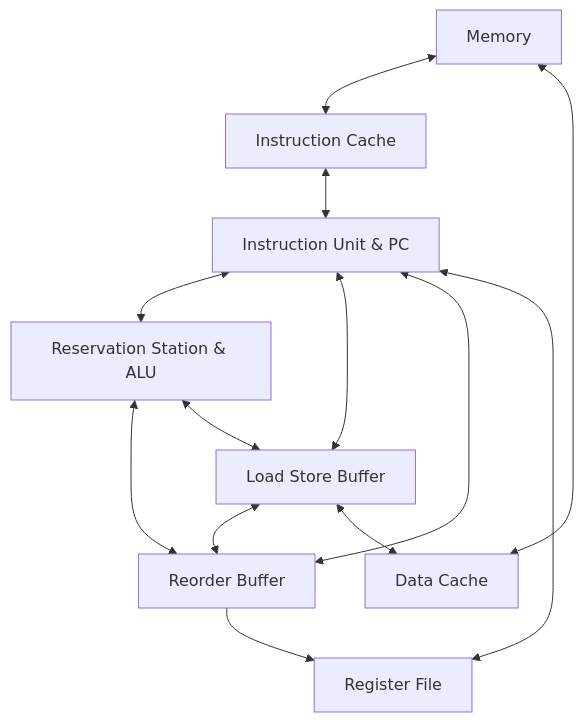
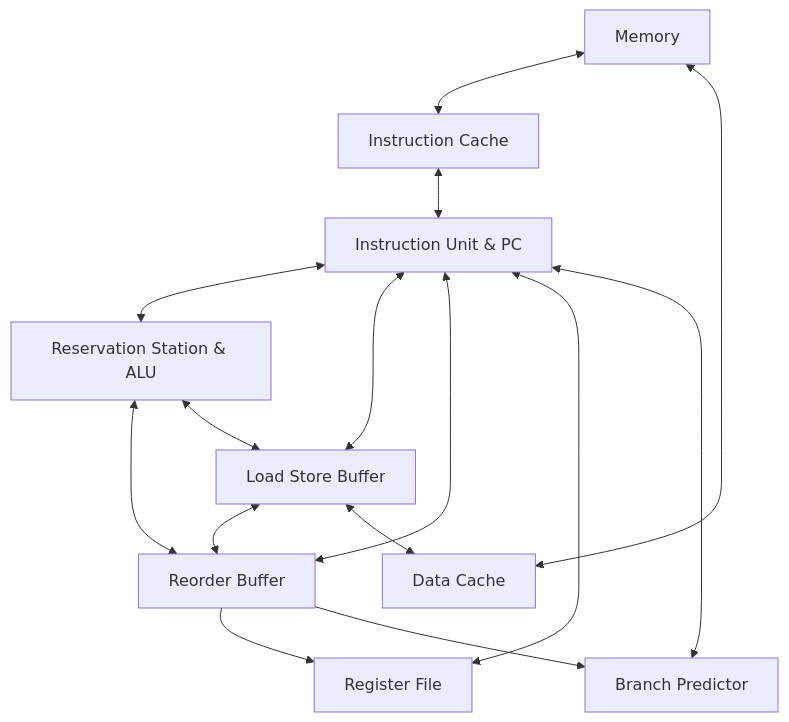
One commit to Arcadia-Y/RISC-V-CPU changed the diagram in README.md. Above: the diagram before and after it, drawn with Mermaid. The commit also changed other lines of this file, not shown here.

````diff
--- a/README.md
+++ b/README.md
@@ -7,26 +7,29 @@
 ```mermaid
-graph
+graph 
 Mem[Memory]
 ICache[Instruction Cache]
 DCache[Data Cache]
 IU[Instruction Unit & PC]
 LSB[Load Store Buffer]
 RF[Register File]
 RS[Reservation Station & ALU]
 ROB[Reorder Buffer]
+Predictor[Branch Predictor]
 
 Mem <--> ICache
 Mem <--> DCache
 ICache <--> IU
 
 IU <--> RS
 IU <--> LSB
 IU <--> ROB
 IU <--> RF
+IU <--> Predictor
 
 RS <--> ROB
 RS <--> LSB
 LSB <--> ROB
 LSB <--> DCache
 ROB --> RF
+ROB --> Predictor
 ```
````
